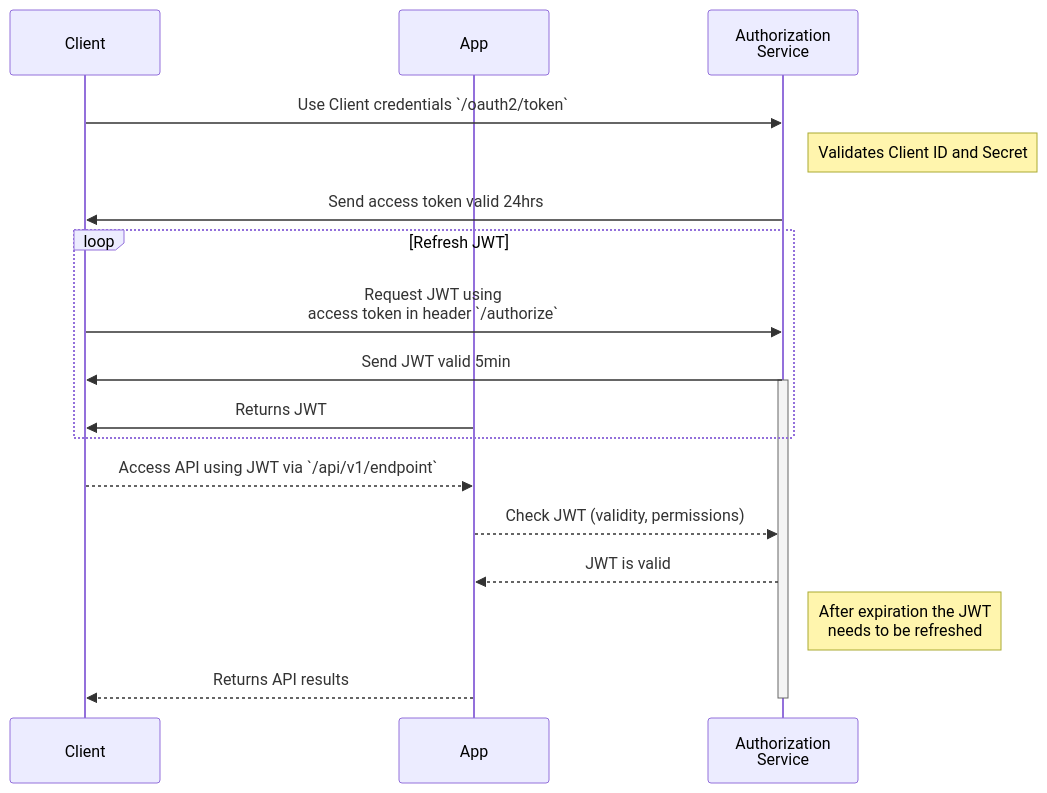
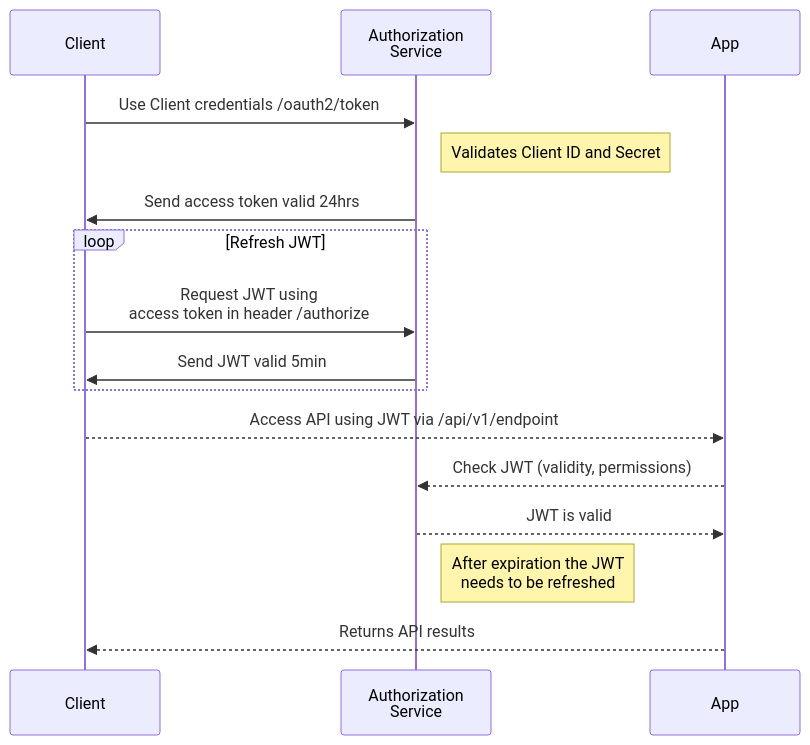
Before and after one commit to sylhare/sylhare.github.io: the diagram in _posts/2021/2021-11-30-Authorize-my-jwt.md, drawn with Mermaid.

Commit message:
Update schema jwt

```diff
--- a/_posts/2021/2021-11-30-Authorize-my-jwt.md
+++ b/_posts/2021/2021-11-30-Authorize-my-jwt.md
@@ -133,22 +133,19 @@
 <div class="mermaid">
 sequenceDiagram
   participant C as Client
+  participant S as Authorization <br> Service
   participant A as App
-  participant S as Authorization <br> Service
 
-  C ->> S: Use Client credentials `/oauth2/token`
+  C ->> S: Use Client credentials /oauth2/token
   Note right of S: Validates Client ID and Secret
   S ->> C: Send access token valid 24hrs
   loop Refresh JWT
-    C ->> S: Request JWT using<br> access token in header `/authorize`
+    C ->> S: Request JWT using<br> access token in header /authorize
     S ->> C: Send JWT valid 5min
-    activate S
-    A ->> C: Returns JWT 
   end 
-  C -->> A: Access API using JWT via `/api/v1/endpoint`
+  C -->> A: Access API using JWT via /api/v1/endpoint
   A -->> S: Check JWT (validity, permissions)
   S -->> A: JWT is valid
   Note right of S: After expiration the JWT <br> needs to be refreshed
   A -->> C: Returns API results
-  deactivate S
 </div>
```
